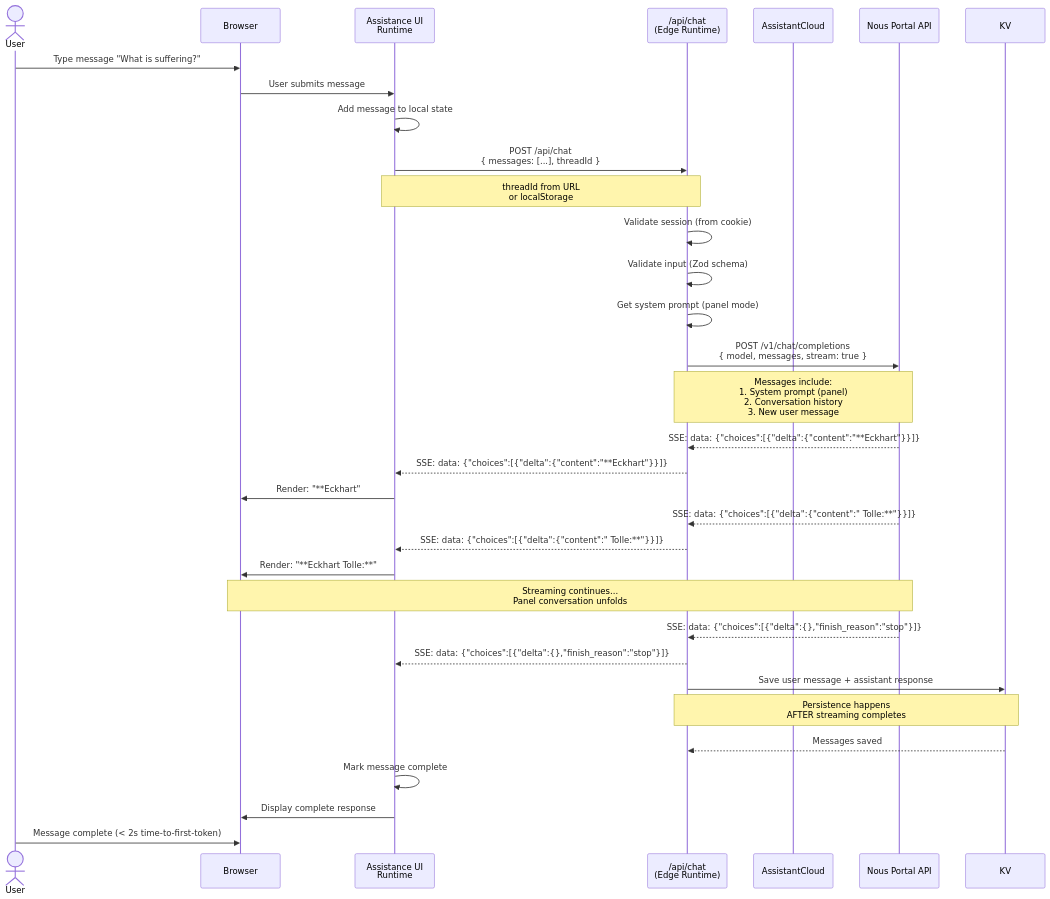
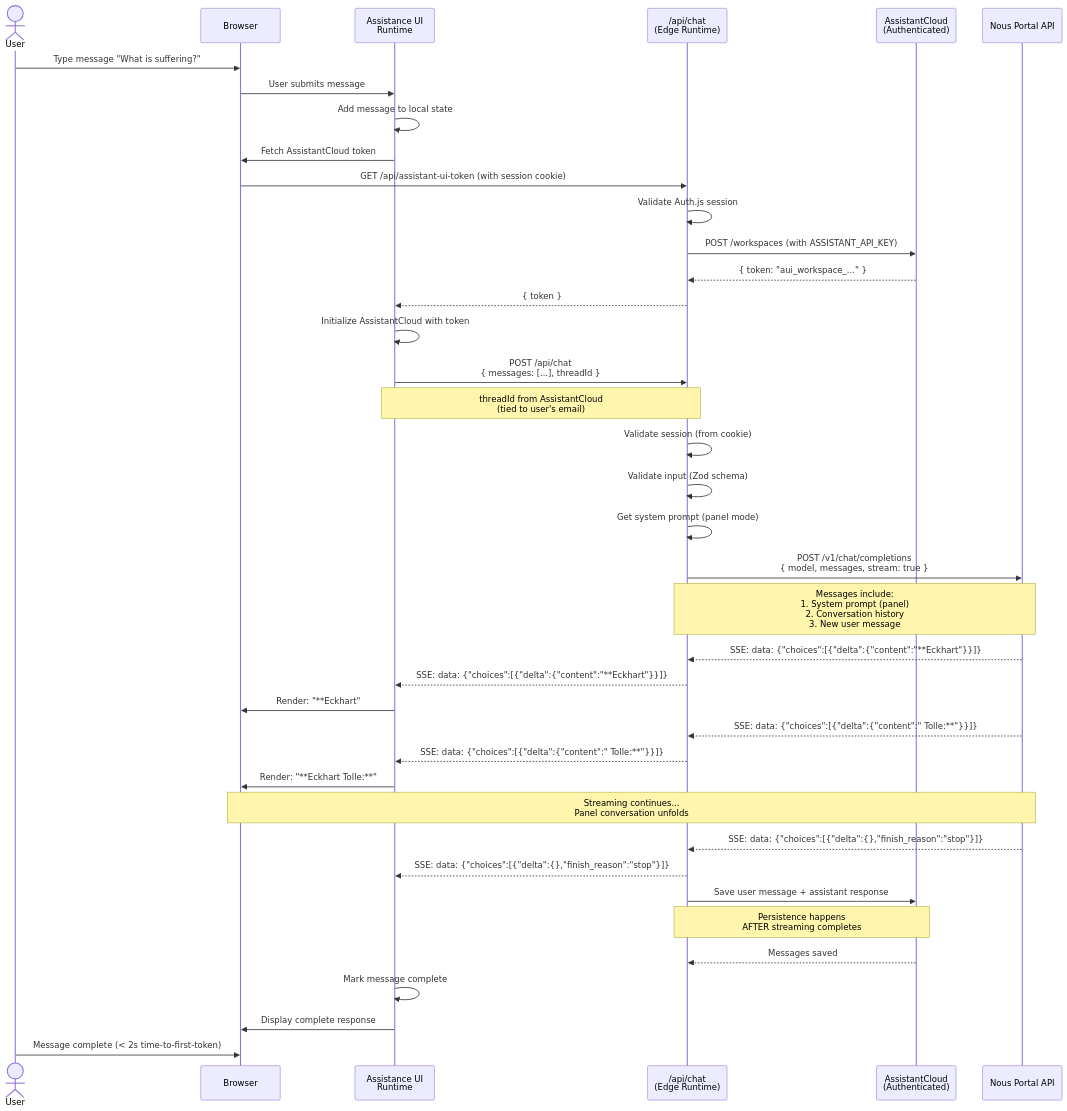
The third of 6 diagrams in docs/architecture/core-workflows.md (ajbmachon/buddah-bot), drawn with Mermaid before and after one commit. The commit also changed other lines of this file and 15 other files, not shown here.

````diff
--- a/docs/architecture/core-workflows.md
+++ b/docs/architecture/core-workflows.md
@@ -96,44 +96,52 @@
 ```mermaid
 sequenceDiagram
     actor User
     participant Browser
     participant Runtime as Assistance UI<br/>Runtime
     participant EdgeAPI as /api/chat<br/>(Edge Runtime)
-    participant Cloud as AssistantCloud
+    participant Cloud as AssistantCloud<br/>(Authenticated)
     participant Nous as Nous Portal API
 
     User->>Browser: Type message "What is suffering?"
     Browser->>Runtime: User submits message
     Runtime->>Runtime: Add message to local state
 
+    Runtime->>Browser: Fetch AssistantCloud token
+    Browser->>EdgeAPI: GET /api/assistant-ui-token (with session cookie)
+    EdgeAPI->>EdgeAPI: Validate Auth.js session
+    EdgeAPI->>Cloud: POST /workspaces (with ASSISTANT_API_KEY)
+    Cloud-->>EdgeAPI: { token: "aui_workspace_..." }
+    EdgeAPI-->>Runtime: { token }
+    Runtime->>Runtime: Initialize AssistantCloud with token
+
     Runtime->>EdgeAPI: POST /api/chat<br/>{ messages: [...], threadId }
-    Note over Runtime,EdgeAPI: threadId from URL<br/>or localStorage
+    Note over Runtime,EdgeAPI: threadId from AssistantCloud<br/>(tied to user's email)
     EdgeAPI->>EdgeAPI: Validate session (from cookie)
     EdgeAPI->>EdgeAPI: Validate input (Zod schema)
     EdgeAPI->>EdgeAPI: Get system prompt (panel mode)
 
     EdgeAPI->>Nous: POST /v1/chat/completions<br/>{ model, messages, stream: true }
     Note over EdgeAPI,Nous: Messages include:<br/>1. System prompt (panel)<br/>2. Conversation history<br/>3. New user message
 
     Nous-->>EdgeAPI: SSE: data: {"choices":[{"delta":{"content":"**Eckhart"}}]}
     EdgeAPI-->>Runtime: SSE: data: {"choices":[{"delta":{"content":"**Eckhart"}}]}
     Runtime->>Browser: Render: "**Eckhart"
 
     Nous-->>EdgeAPI: SSE: data: {"choices":[{"delta":{"content":" Tolle:**"}}]}
     EdgeAPI-->>Runtime: SSE: data: {"choices":[{"delta":{"content":" Tolle:**"}}]}
     Runtime->>Browser: Render: "**Eckhart Tolle:**"
 
     Note over Nous,Browser: Streaming continues...<br/>Panel conversation unfolds
 
     Nous-->>EdgeAPI: SSE: data: {"choices":[{"delta":{},"finish_reason":"stop"}]}
     EdgeAPI-->>Runtime: SSE: data: {"choices":[{"delta":{},"finish_reason":"stop"}]}
 
-    EdgeAPI->>KV: Save user message + assistant response
-    Note over EdgeAPI,KV: Persistence happens<br/>AFTER streaming completes
-    KV-->>EdgeAPI: Messages saved
+    EdgeAPI->>Cloud: Save user message + assistant response
+    Note over EdgeAPI,Cloud: Persistence happens<br/>AFTER streaming completes
+    Cloud-->>EdgeAPI: Messages saved
 
     Runtime->>Runtime: Mark message complete
     Runtime->>Browser: Display complete response
 
     User->>Browser: Message complete (< 2s time-to-first-token)
 ```
````
